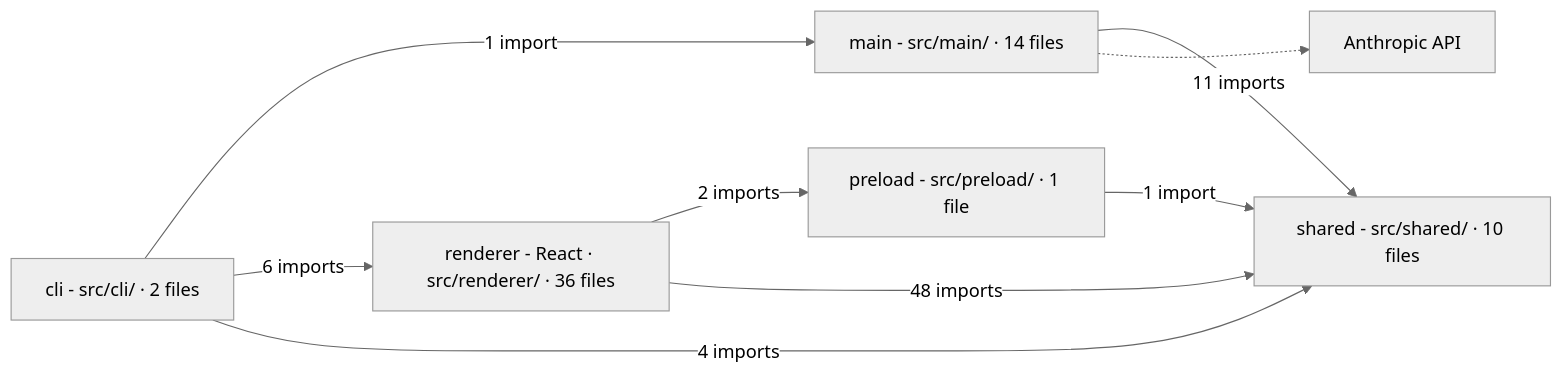
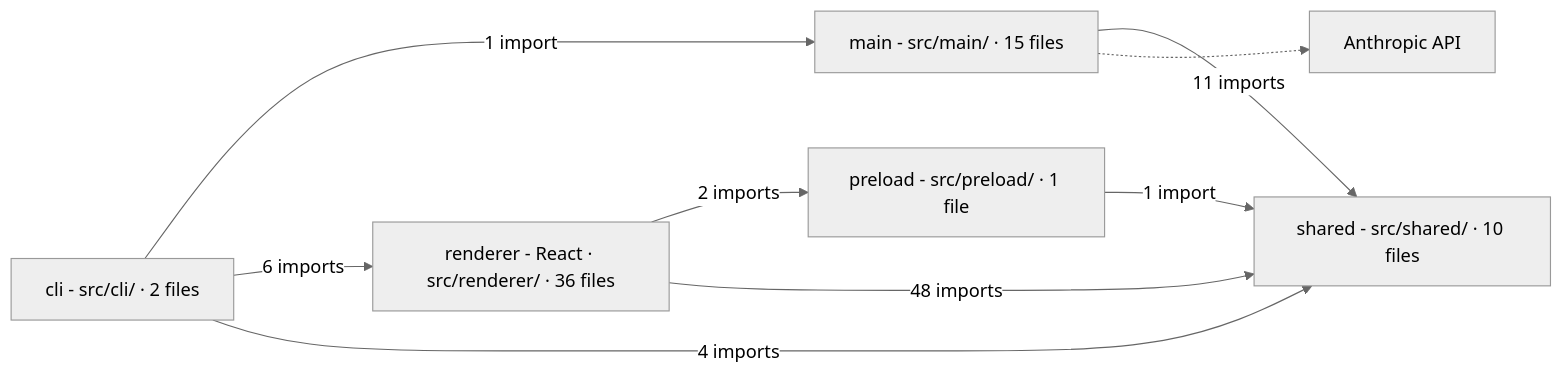
Before and after one commit to Sarthak-47/crtgrphr: the diagram in docs/architecture.md, drawn with Mermaid (neutral theme). The commit also changed 23 other files, not shown here.

First line of the commit message:
Render Helm charts with helm template (opt-in)

````diff
--- a/docs/architecture.md
+++ b/docs/architecture.md
@@ -3,20 +3,20 @@
 ```mermaid
 flowchart LR
   dir_src_cli["cli - src/cli/ · 2 files"]
-  dir_src_main["main - src/main/ · 14 files"]
+  dir_src_main["main - src/main/ · 15 files"]
   dir_src_preload["preload - src/preload/ · 1 file"]
   dir_src_renderer["renderer - React · src/renderer/ · 36 files"]
   dir_src_shared["shared - src/shared/ · 10 files"]
   anthropic_api["Anthropic API"]
   dir_src_cli -->|"1 import"| dir_src_main
   dir_src_cli -->|"6 imports"| dir_src_renderer
   dir_src_cli -->|"4 imports"| dir_src_shared
   dir_src_main -->|"11 imports"| dir_src_shared
   dir_src_preload -->|"1 import"| dir_src_shared
   dir_src_renderer -->|"2 imports"| dir_src_preload
   dir_src_renderer -->|"48 imports"| dir_src_shared
   dir_src_main -.-> anthropic_api
   class dir_src_cli,dir_src_main,dir_src_preload,dir_src_shared backend
   class dir_src_renderer frontend
   class anthropic_api service
 ```
````
